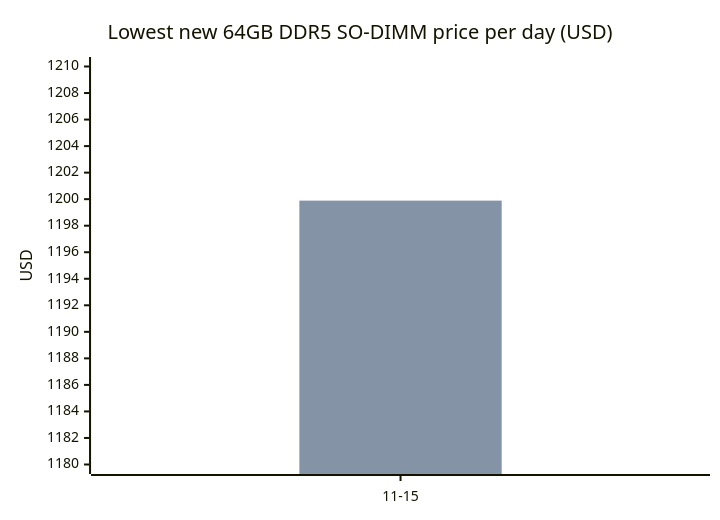
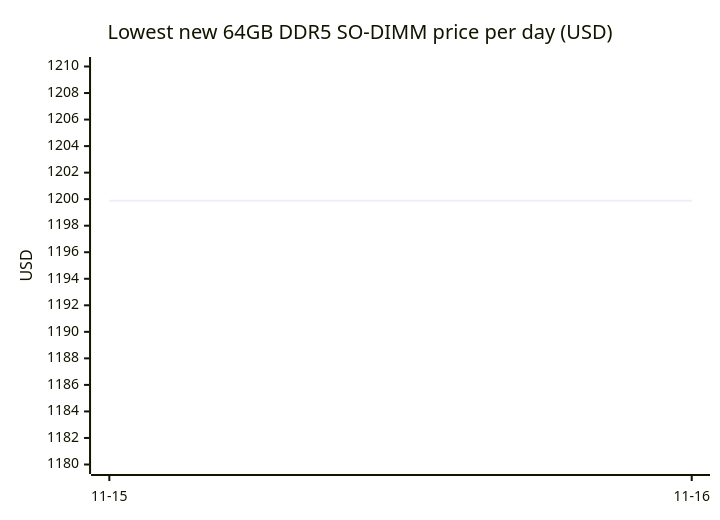
One commit to 7324136828/4tb_ssd_price_watch changed the third of 16 diagrams in README.md. Above: the diagram before and after it, drawn with Mermaid. The commit also changed other lines of this file, not shown here.

````diff
--- a/README.md
+++ b/README.md
@@ -266,8 +329,7 @@
 ```mermaid
 xychart-beta
     title "Lowest new 64GB DDR5 SO-DIMM price per day (USD)"
-    x-axis ["11-15"]
+    x-axis ["11-15", "11-16"]
     y-axis "USD" 1180 --> 1210
-    line [1199.89]
-    bar [1199.89]
+    line [1199.89, 1199.89]
 ```
````
